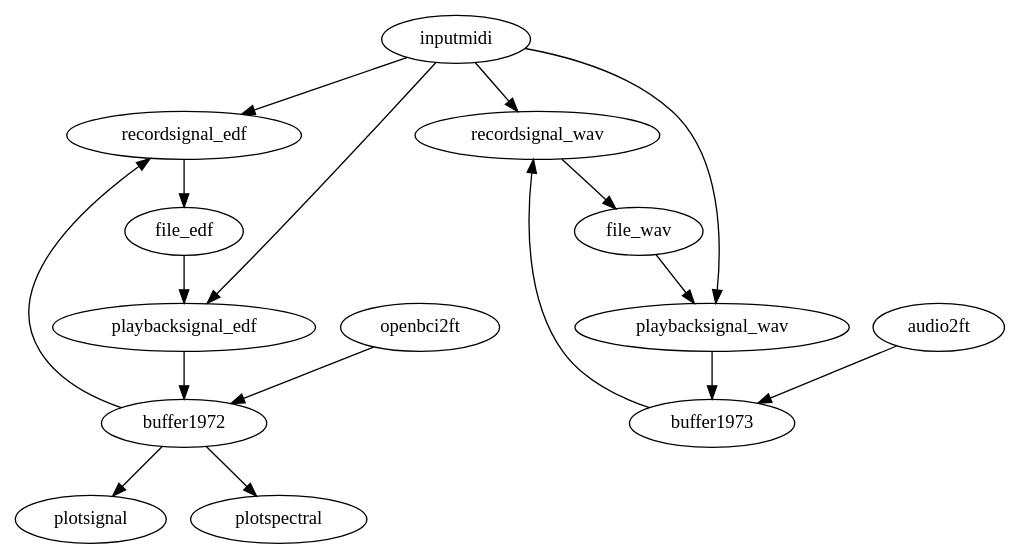
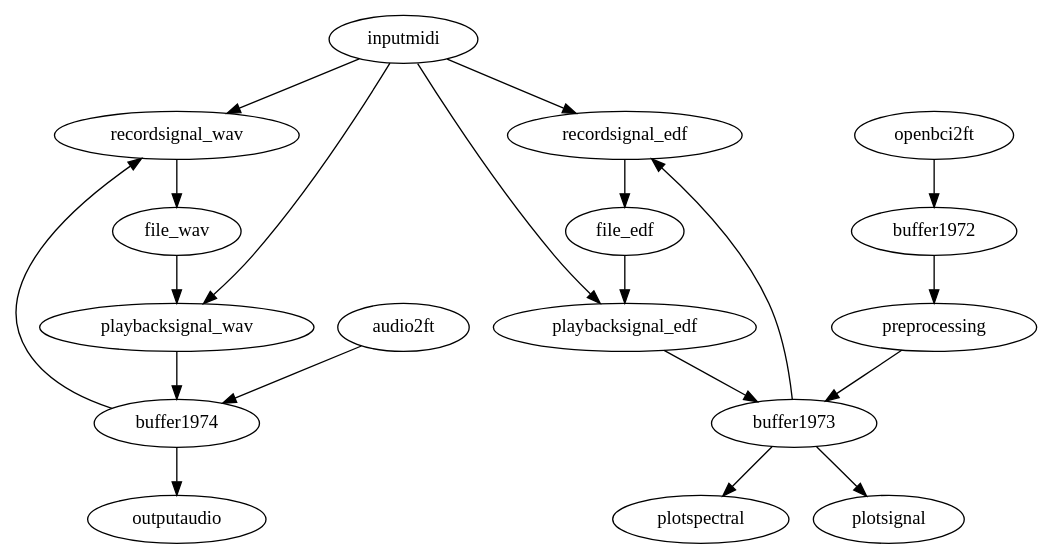
Before and after one commit to eegsynth/eegsynth: the diagram in patches/caroltrio/patch.dot, drawn with Graphviz. The commit also changed 14 other files, not shown here.

```diff
--- a/patches/caroltrio/patch.dot
+++ b/patches/caroltrio/patch.dot
@@ -1,17 +1,18 @@
 # To convert this into a bitmap representation, do this
 #   dot -Tpng -o patch.png patch.dot
 #
 digraph {
   inputmidi -> recordsignal_edf -> file_edf;
   inputmidi -> recordsignal_wav -> file_wav;
   inputmidi -> playbacksignal_edf;
   inputmidi -> playbacksignal_wav;
-  openbci2ft -> buffer1972;
-  audio2ft -> buffer1973;
-  buffer1972 -> plotsignal;
-  buffer1972 -> plotspectral;
-  buffer1972 -> recordsignal_edf;
-  buffer1973 -> recordsignal_wav;
-  file_edf ->  playbacksignal_edf -> buffer1972;
-  file_wav -> playbacksignal_wav -> buffer1973;
+  openbci2ft -> buffer1972 -> preprocessing -> buffer1973;
+  audio2ft -> buffer1974;
+  buffer1973 -> plotsignal;
+  buffer1973 -> plotspectral;
+  buffer1973 -> recordsignal_edf;
+  buffer1974 -> recordsignal_wav;
+  buffer1974 -> outputaudio;
+  file_edf ->  playbacksignal_edf -> buffer1973;
+  file_wav -> playbacksignal_wav -> buffer1974;
 }
```
